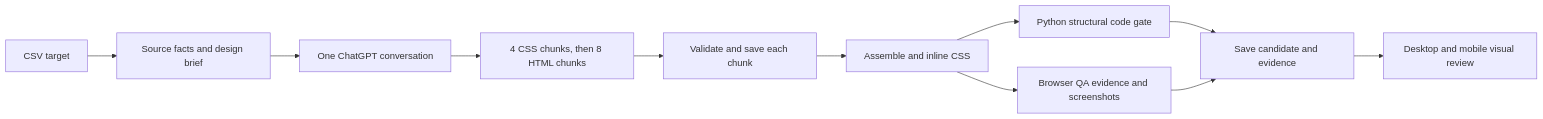
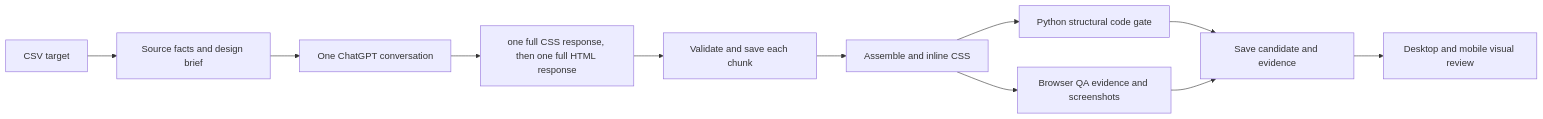
One commit to hometownredesignsites/git-content changed the diagram in chatgpt_automation/README.md. Above: the diagram before and after it, drawn with Mermaid. The commit also changed other lines of this file and 18 other files, not shown here.

Commit message:
Request complete CSS and HTML responses

````diff
--- a/chatgpt_automation/README.md
+++ b/chatgpt_automation/README.md
@@ -5,13 +5,13 @@
 ```mermaid
 flowchart LR
   A[CSV target] --> B[Source facts and design brief]
   B --> C[One ChatGPT conversation]
-  C --> D[4 CSS chunks, then 8 HTML chunks]
+  C --> D[one full CSS response, then one full HTML response]
   D --> E[Validate and save each chunk]
   E --> F[Assemble and inline CSS]
   F --> G[Python structural code gate]
   F --> H[Browser QA evidence and screenshots]
   G --> I[Save candidate and evidence]
   H --> I
   I --> J[Desktop and mobile visual review]
 ```
````
